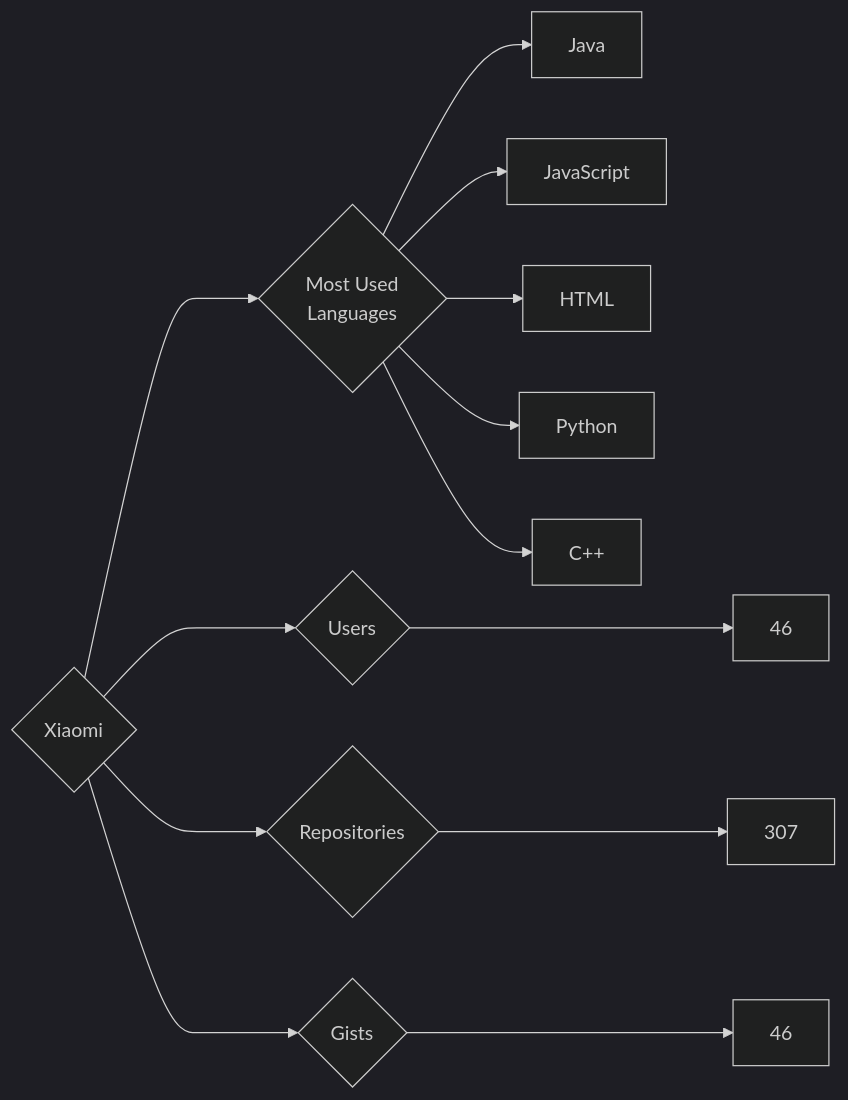
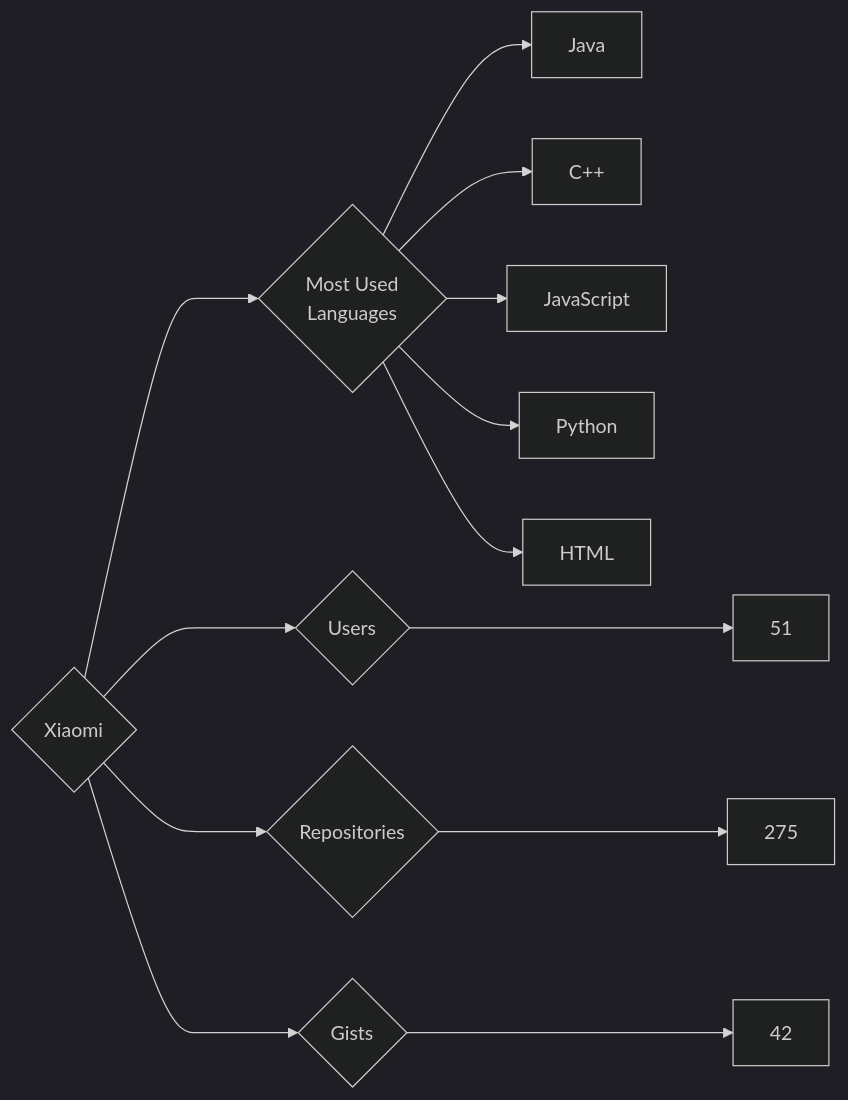
The diagram in targets/Xiaomi/README.md (trickest/insiders), drawn with Mermaid (dark theme) before and after one commit. The commit also changed 677 other files, not shown here.

````diff
--- a/targets/Xiaomi/README.md
+++ b/targets/Xiaomi/README.md
@@ -3,13 +3,13 @@
 ```mermaid
 graph LR
 COMPANY_NAME{Xiaomi}
-COMPANY_NAME ---> U{Users} ---> UN[46]
-COMPANY_NAME ---> R{Repositories} ---> RN[307]
-COMPANY_NAME ---> G{Gists} ---> GN[46]
+COMPANY_NAME ---> U{Users} ---> UN[51]
+COMPANY_NAME ---> R{Repositories} ---> RN[275]
+COMPANY_NAME ---> G{Gists} ---> GN[42]
 COMPANY_NAME ---> ML{Most Used<br>Languages}
 ML --> Java[Java]
+ML --> C++[C++]
 ML --> JavaScript[JavaScript]
+ML --> Python[Python]
 ML --> HTML[HTML]
-ML --> Python[Python]
-ML --> C++[C++]
 ```
````
